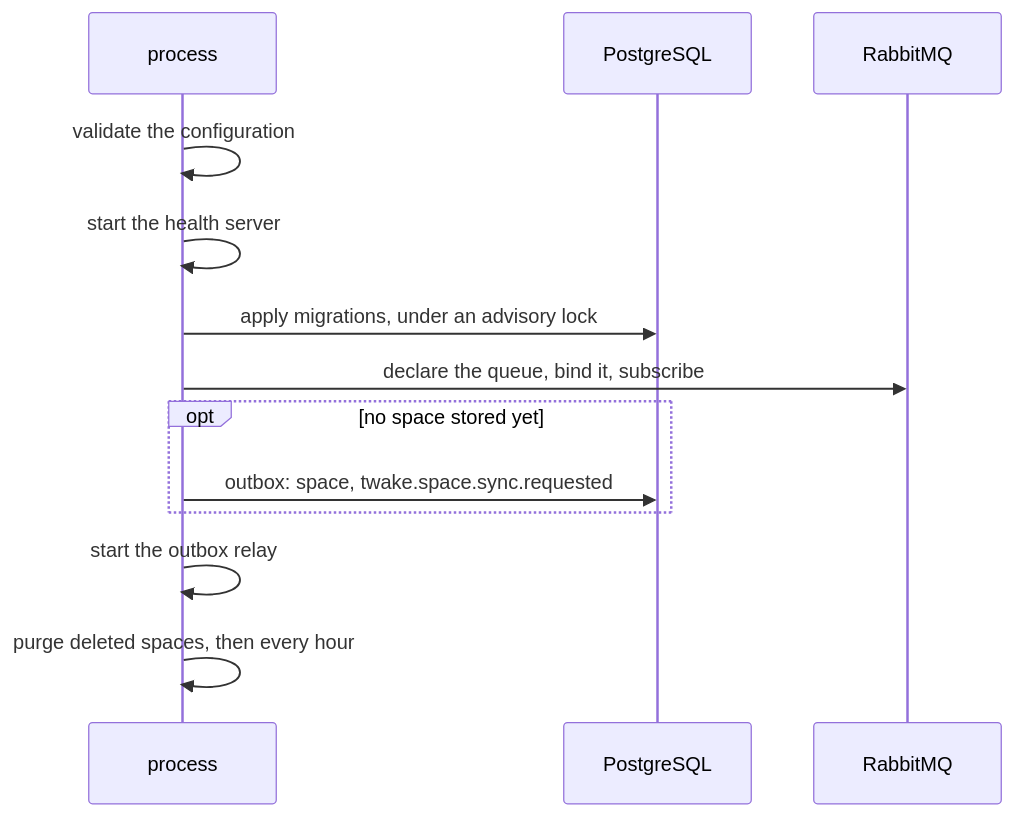
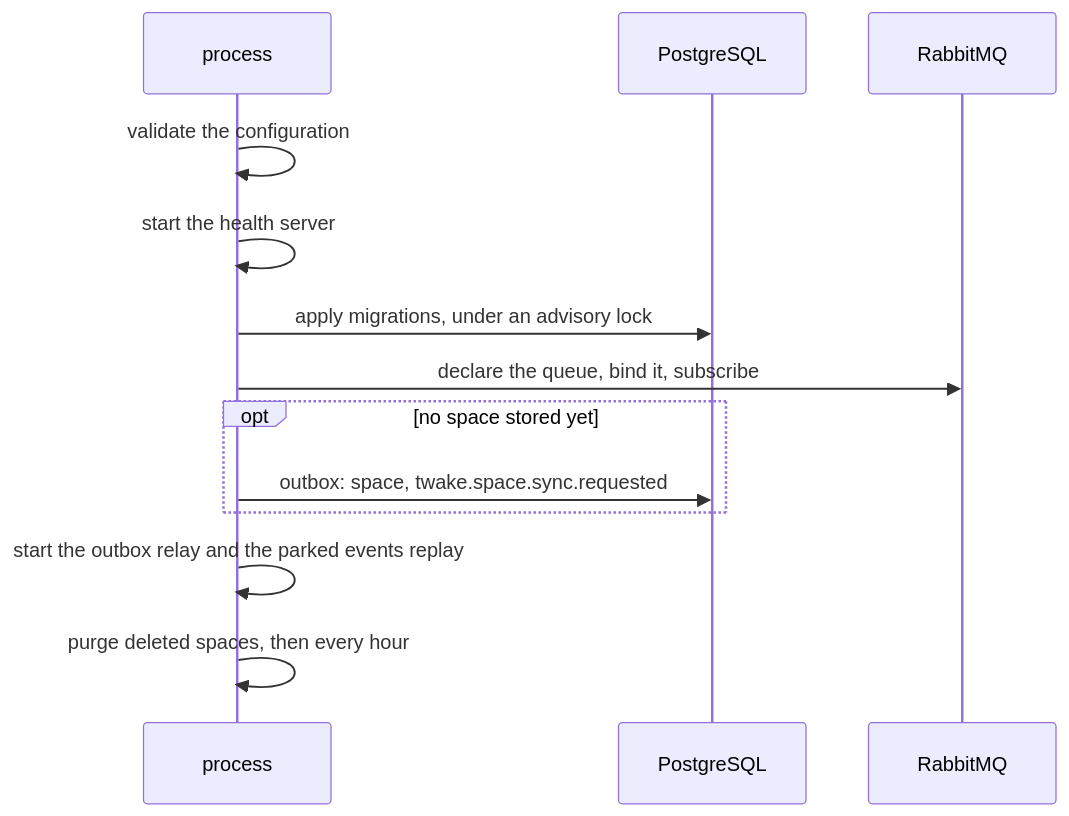
One commit to linagora/twake-mail-side-service changed the third of 3 diagrams in docs/architecture.md. Above: the diagram before and after it, drawn with Mermaid. The commit also changed other lines of this file and 4 other files, not shown here.

Commit message:
docs: parked events

````diff
--- a/docs/architecture.md
+++ b/docs/architecture.md
@@ -48,15 +52,15 @@
 ```mermaid
 sequenceDiagram
   participant P as process
   participant D as PostgreSQL
   participant R as RabbitMQ
   P->>P: validate the configuration
   P->>P: start the health server
   P->>D: apply migrations, under an advisory lock
   P->>R: declare the queue, bind it, subscribe
   opt no space stored yet
     P->>D: outbox: space, twake.space.sync.requested
   end
-  P->>P: start the outbox relay
+  P->>P: start the outbox relay and the parked events replay
   P->>P: purge deleted spaces, then every hour
 ```
````
